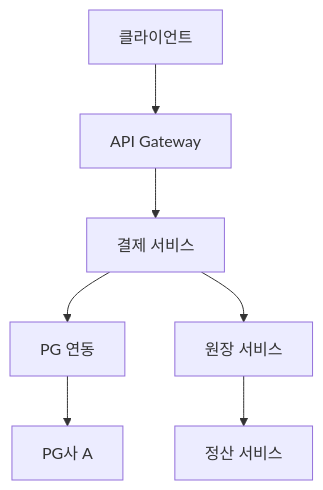
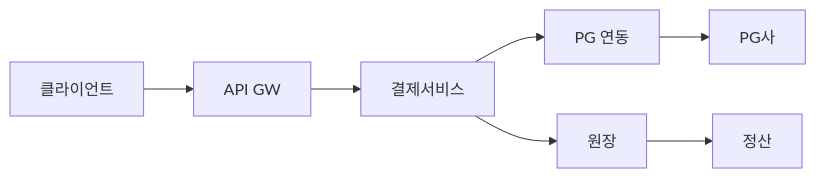
One commit to yjkim2015/yjkim2015.github.io changed the first of 6 diagrams in _posts/systemdesign/2026-05-03-system-design-payment.md. Above: the diagram before and after it, drawn with Mermaid. The commit also changed other lines of this file, not shown here.

Commit message:
결제 시스템 Mermaid: graph TD → LR로 변경 (세로 높이 축소)

````diff
--- a/_posts/systemdesign/2026-05-03-system-design-payment.md
+++ b/_posts/systemdesign/2026-05-03-system-design-payment.md
@@ -134,9 +134,6 @@
 ```mermaid
-graph TD
-    A[클라이언트] --> B[API Gateway]
-    B --> C[결제 서비스]
-    C --> D[PG 연동]
-    C --> E[원장 서비스]
-    D --> G[PG사 A]
-    E --> I[정산 서비스]
+graph LR
+    A[클라이언트] --> B[API GW] --> C[결제서비스]
+    C --> D[PG 연동] --> G[PG사]
+    C --> E[원장] --> I[정산]
 ```
````
